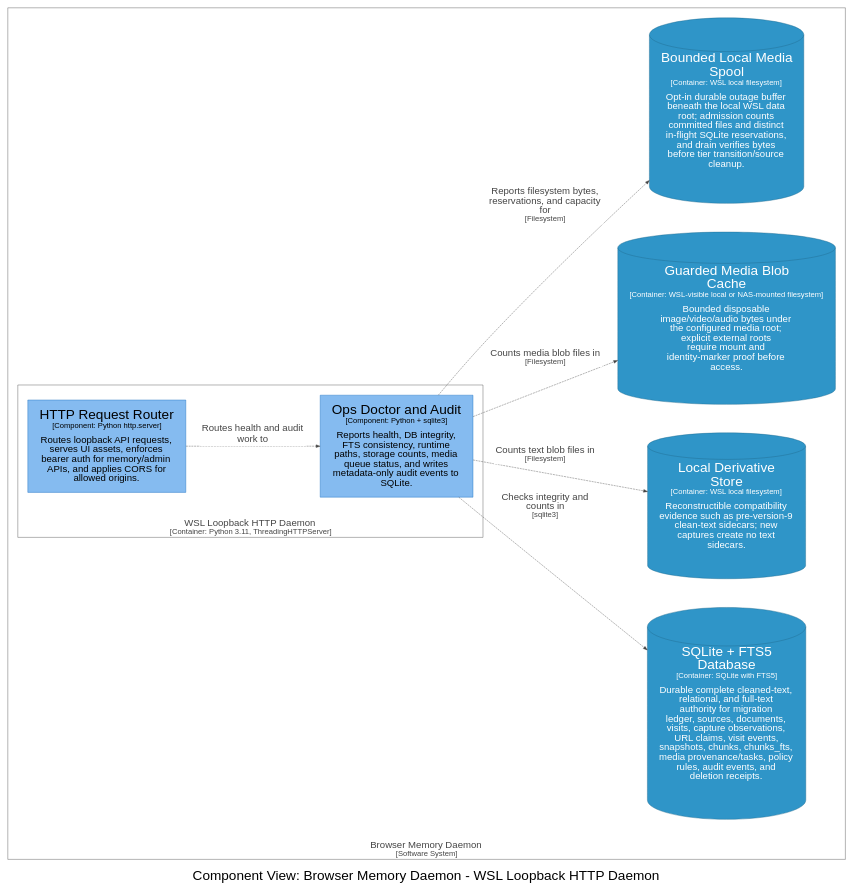
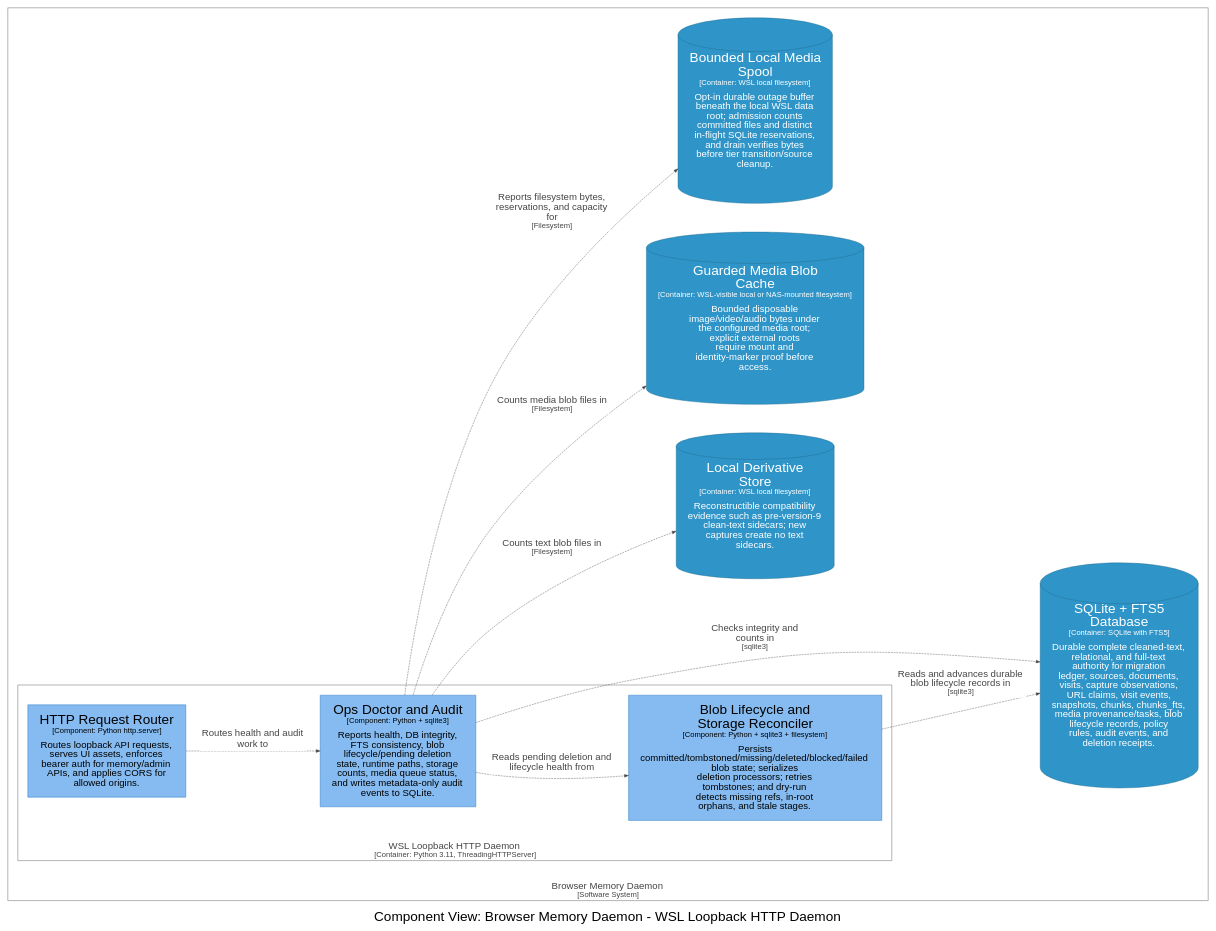
The diagram in docs/architecture/diagrams/dot/structurizr-DaemonDoctorComponents.dot (michaelnicks0/browser-memory-daemon), drawn with Graphviz before and after one commit. The commit also changed 201 other files, not shown here.

Commit message:
feat(storage): add tombstoned deletion and recovery

```diff
--- a/docs/architecture/diagrams/dot/structurizr-DaemonDoctorComponents.dot
+++ b/docs/architecture/diagrams/dot/structurizr-DaemonDoctorComponents.dot
@@ -1,40 +1,43 @@
 digraph {
   compound=true
   graph [fontname="Arial", rankdir=LR, ranksep=1.0, nodesep=1.0]
   node [fontname="Arial", shape=box, margin="0.4,0.3"]
   edge [fontname="Arial"]
   label=<<br /><font point-size="34">Component View: Browser Memory Daemon - WSL Loopback HTTP Daemon</font>>
 
   subgraph cluster_4 {
     margin=25
     label=<<font point-size="24"><br />Browser Memory Daemon</font><br /><font point-size="19">[Software System]</font>>
     labelloc=b
     color="#444444"
     fontcolor="#444444"
     fillcolor="#444444"
 
     subgraph cluster_14 {
       margin=25
       label=<<font point-size="24"><br />WSL Loopback HTTP Daemon</font><br /><font point-size="19">[Container: Python 3.11, ThreadingHTTPServer]</font>>
       labelloc=b
       color="#444444"
       fontcolor="#444444"
       fillcolor="#444444"
 
       15 [id=15,shape=rect, label=<<font point-size="34">HTTP Request Router</font><br /><font point-size="19">[Component: Python http.server]</font><br /><br /><font point-size="24">Routes loopback API requests,<br />serves UI assets, enforces<br />bearer auth for memory/admin<br />APIs, and applies CORS for<br />allowed origins.</font>>, style=filled, color="#1168bd", fillcolor="#85bbf0", fontcolor="#000000"]
-      25 [id=25,shape=rect, label=<<font point-size="34">Ops Doctor and Audit</font><br /><font point-size="19">[Component: Python + sqlite3]</font><br /><br /><font point-size="24">Reports health, DB integrity,<br />FTS consistency, runtime<br />paths, storage counts, media<br />queue status, and writes<br />metadata-only audit events to<br />SQLite.</font>>, style=filled, color="#1168bd", fillcolor="#85bbf0", fontcolor="#000000"]
+      23 [id=23,shape=rect, label=<<font point-size="34">Blob Lifecycle and<br />Storage Reconciler</font><br /><font point-size="19">[Component: Python + sqlite3 + filesystem]</font><br /><br /><font point-size="24">Persists<br />committed/tombstoned/missing/deleted/blocked/failed<br />blob state; serializes<br />deletion processors; retries<br />tombstones; and dry-run<br />detects missing refs, in-root<br />orphans, and stale stages.</font>>, style=filled, color="#1168bd", fillcolor="#85bbf0", fontcolor="#000000"]
+      26 [id=26,shape=rect, label=<<font point-size="34">Ops Doctor and Audit</font><br /><font point-size="19">[Component: Python + sqlite3]</font><br /><br /><font point-size="24">Reports health, DB integrity,<br />FTS consistency, blob<br />lifecycle/pending deletion<br />state, runtime paths, storage<br />counts, media queue status,<br />and writes metadata-only audit<br />events to SQLite.</font>>, style=filled, color="#1168bd", fillcolor="#85bbf0", fontcolor="#000000"]
     }
 
-    29 [id=29,shape=cylinder, label=<<font point-size="34">SQLite + FTS5<br />Database</font><br /><font point-size="19">[Container: SQLite with FTS5]</font><br /><br /><font point-size="24">Durable complete cleaned-text,<br />relational, and full-text<br />authority for migration<br />ledger, sources, documents,<br />visits, capture observations,<br />URL claims, visit events,<br />snapshots, chunks, chunks_fts,<br />media provenance/tasks, policy<br />rules, audit events, and<br />deletion receipts.</font>>, style=filled, color="#20688c", fillcolor="#2f95c8", fontcolor="#ffffff"]
-    30 [id=30,shape=cylinder, label=<<font point-size="34">Local Derivative<br />Store</font><br /><font point-size="19">[Container: WSL local filesystem]</font><br /><br /><font point-size="24">Reconstructible compatibility<br />evidence such as pre-version-9<br />clean-text sidecars; new<br />captures create no text<br />sidecars.</font>>, style=filled, color="#20688c", fillcolor="#2f95c8", fontcolor="#ffffff"]
-    31 [id=31,shape=cylinder, label=<<font point-size="34">Guarded Media Blob<br />Cache</font><br /><font point-size="19">[Container: WSL-visible local or NAS-mounted filesystem]</font><br /><br /><font point-size="24">Bounded disposable<br />image/video/audio bytes under<br />the configured media root;<br />explicit external roots<br />require mount and<br />identity-marker proof before<br />access.</font>>, style=filled, color="#20688c", fillcolor="#2f95c8", fontcolor="#ffffff"]
-    32 [id=32,shape=cylinder, label=<<font point-size="34">Bounded Local Media<br />Spool</font><br /><font point-size="19">[Container: WSL local filesystem]</font><br /><br /><font point-size="24">Opt-in durable outage buffer<br />beneath the local WSL data<br />root; admission counts<br />committed files and distinct<br />in-flight SQLite reservations,<br />and drain verifies bytes<br />before tier transition/source<br />cleanup.</font>>, style=filled, color="#20688c", fillcolor="#2f95c8", fontcolor="#ffffff"]
+    30 [id=30,shape=cylinder, label=<<font point-size="34">SQLite + FTS5<br />Database</font><br /><font point-size="19">[Container: SQLite with FTS5]</font><br /><br /><font point-size="24">Durable complete cleaned-text,<br />relational, and full-text<br />authority for migration<br />ledger, sources, documents,<br />visits, capture observations,<br />URL claims, visit events,<br />snapshots, chunks, chunks_fts,<br />media provenance/tasks, blob<br />lifecycle records, policy<br />rules, audit events, and<br />deletion receipts.</font>>, style=filled, color="#20688c", fillcolor="#2f95c8", fontcolor="#ffffff"]
+    31 [id=31,shape=cylinder, label=<<font point-size="34">Local Derivative<br />Store</font><br /><font point-size="19">[Container: WSL local filesystem]</font><br /><br /><font point-size="24">Reconstructible compatibility<br />evidence such as pre-version-9<br />clean-text sidecars; new<br />captures create no text<br />sidecars.</font>>, style=filled, color="#20688c", fillcolor="#2f95c8", fontcolor="#ffffff"]
+    32 [id=32,shape=cylinder, label=<<font point-size="34">Guarded Media Blob<br />Cache</font><br /><font point-size="19">[Container: WSL-visible local or NAS-mounted filesystem]</font><br /><br /><font point-size="24">Bounded disposable<br />image/video/audio bytes under<br />the configured media root;<br />explicit external roots<br />require mount and<br />identity-marker proof before<br />access.</font>>, style=filled, color="#20688c", fillcolor="#2f95c8", fontcolor="#ffffff"]
+    33 [id=33,shape=cylinder, label=<<font point-size="34">Bounded Local Media<br />Spool</font><br /><font point-size="19">[Container: WSL local filesystem]</font><br /><br /><font point-size="24">Opt-in durable outage buffer<br />beneath the local WSL data<br />root; admission counts<br />committed files and distinct<br />in-flight SQLite reservations,<br />and drain verifies bytes<br />before tier transition/source<br />cleanup.</font>>, style=filled, color="#20688c", fillcolor="#2f95c8", fontcolor="#ffffff"]
   }
 
-  15 -> 25 [id=75, label=<<TABLE BORDER="0" CELLBORDER="0" CELLSPACING="0" CELLPADDING="4" BGCOLOR="white"><TR><TD><font point-size="24">Routes health and audit<br />work to</font></TD></TR></TABLE>>, style="dashed", color="#444444", fontcolor="#444444"]
-  25 -> 29 [id=89, label=<<TABLE BORDER="0" CELLBORDER="0" CELLSPACING="0" CELLPADDING="4" BGCOLOR="white"><TR><TD><font point-size="24">Checks integrity and<br />counts in</font><br /><font point-size="19">[sqlite3]</font></TD></TR></TABLE>>, style="dashed", color="#444444", fontcolor="#444444"]
-  25 -> 30 [id=90, label=<<TABLE BORDER="0" CELLBORDER="0" CELLSPACING="0" CELLPADDING="4" BGCOLOR="white"><TR><TD><font point-size="24">Counts text blob files in</font><br /><font point-size="19">[Filesystem]</font></TD></TR></TABLE>>, style="dashed", color="#444444", fontcolor="#444444"]
-  25 -> 31 [id=91, label=<<TABLE BORDER="0" CELLBORDER="0" CELLSPACING="0" CELLPADDING="4" BGCOLOR="white"><TR><TD><font point-size="24">Counts media blob files in</font><br /><font point-size="19">[Filesystem]</font></TD></TR></TABLE>>, style="dashed", color="#444444", fontcolor="#444444"]
-  25 -> 32 [id=92, label=<<TABLE BORDER="0" CELLBORDER="0" CELLSPACING="0" CELLPADDING="4" BGCOLOR="white"><TR><TD><font point-size="24">Reports filesystem bytes,<br />reservations, and capacity<br />for</font><br /><font point-size="19">[Filesystem]</font></TD></TR></TABLE>>, style="dashed", color="#444444", fontcolor="#444444"]
+  15 -> 26 [id=77, label=<<TABLE BORDER="0" CELLBORDER="0" CELLSPACING="0" CELLPADDING="4" BGCOLOR="white"><TR><TD><font point-size="24">Routes health and audit<br />work to</font></TD></TR></TABLE>>, style="dashed", color="#444444", fontcolor="#444444"]
+  23 -> 30 [id=89, label=<<TABLE BORDER="0" CELLBORDER="0" CELLSPACING="0" CELLPADDING="4" BGCOLOR="white"><TR><TD><font point-size="24">Reads and advances durable<br />blob lifecycle records in</font><br /><font point-size="19">[sqlite3]</font></TD></TR></TABLE>>, style="dashed", color="#444444", fontcolor="#444444"]
+  26 -> 30 [id=94, label=<<TABLE BORDER="0" CELLBORDER="0" CELLSPACING="0" CELLPADDING="4" BGCOLOR="white"><TR><TD><font point-size="24">Checks integrity and<br />counts in</font><br /><font point-size="19">[sqlite3]</font></TD></TR></TABLE>>, style="dashed", color="#444444", fontcolor="#444444"]
+  26 -> 23 [id=95, label=<<TABLE BORDER="0" CELLBORDER="0" CELLSPACING="0" CELLPADDING="4" BGCOLOR="white"><TR><TD><font point-size="24">Reads pending deletion and<br />lifecycle health from</font></TD></TR></TABLE>>, style="dashed", color="#444444", fontcolor="#444444"]
+  26 -> 31 [id=96, label=<<TABLE BORDER="0" CELLBORDER="0" CELLSPACING="0" CELLPADDING="4" BGCOLOR="white"><TR><TD><font point-size="24">Counts text blob files in</font><br /><font point-size="19">[Filesystem]</font></TD></TR></TABLE>>, style="dashed", color="#444444", fontcolor="#444444"]
+  26 -> 32 [id=97, label=<<TABLE BORDER="0" CELLBORDER="0" CELLSPACING="0" CELLPADDING="4" BGCOLOR="white"><TR><TD><font point-size="24">Counts media blob files in</font><br /><font point-size="19">[Filesystem]</font></TD></TR></TABLE>>, style="dashed", color="#444444", fontcolor="#444444"]
+  26 -> 33 [id=98, label=<<TABLE BORDER="0" CELLBORDER="0" CELLSPACING="0" CELLPADDING="4" BGCOLOR="white"><TR><TD><font point-size="24">Reports filesystem bytes,<br />reservations, and capacity<br />for</font><br /><font point-size="19">[Filesystem]</font></TD></TR></TABLE>>, style="dashed", color="#444444", fontcolor="#444444"]
 
 }
```
